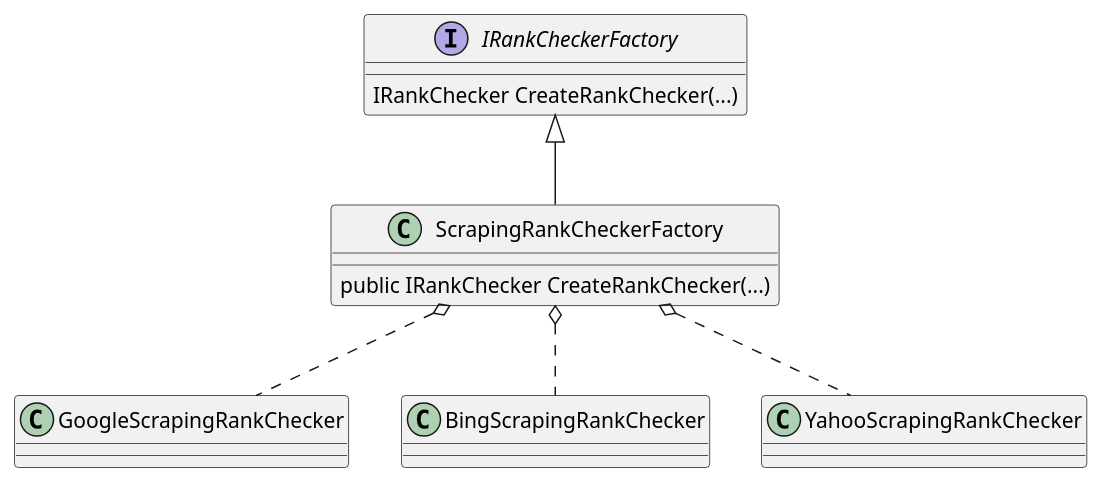
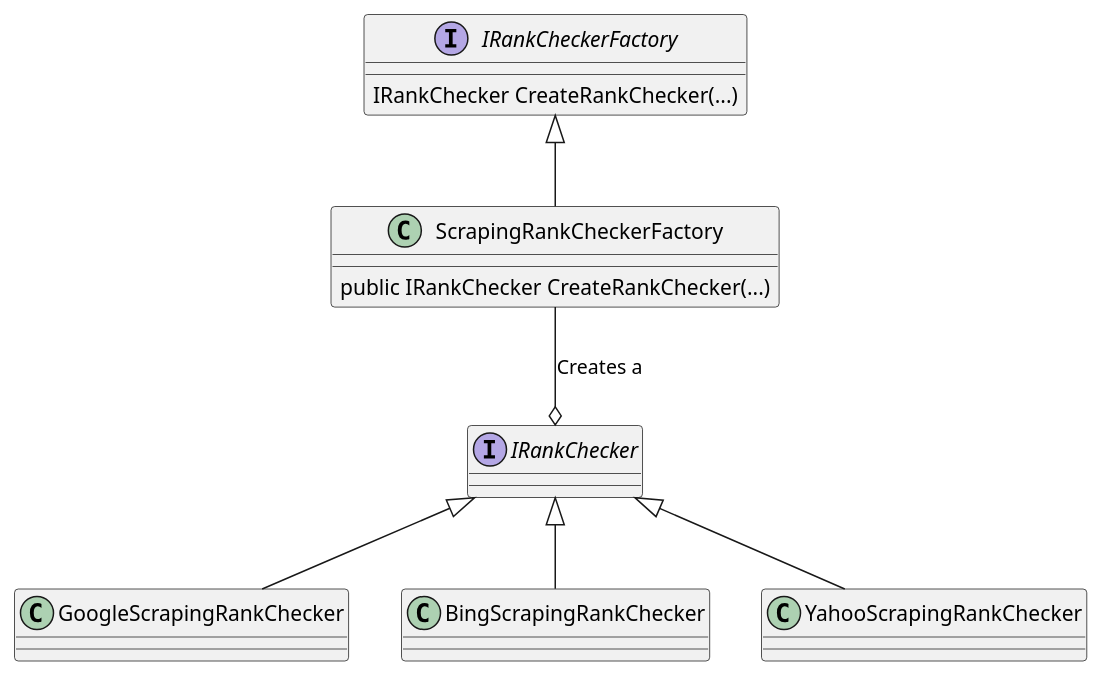
One commit to deltoss/MitchRankChecker changed the second of 2 diagrams in docs/README.md. Above: the diagram before and after it, drawn with PlantUML. The commit also changed other lines of this file, not shown here.

````diff
--- a/docs/README.md
+++ b/docs/README.md
@@ -204,25 +209,29 @@
 ```plantuml
 @startuml
 interface IRankCheckerFactory {
   IRankChecker CreateRankChecker(...)
 }
 
 class ScrapingRankCheckerFactory {
   public IRankChecker CreateRankChecker(...)
+}
+
+interface IRankChecker {
 }
 
 class GoogleScrapingRankChecker {
 }
 
 class BingScrapingRankChecker {
 }
 
 class YahooScrapingRankChecker {
 }
 
 IRankCheckerFactory <|-- ScrapingRankCheckerFactory
-ScrapingRankCheckerFactory o.. GoogleScrapingRankChecker
-ScrapingRankCheckerFactory o.. BingScrapingRankChecker
-ScrapingRankCheckerFactory o.. YahooScrapingRankChecker
+ScrapingRankCheckerFactory --o IRankChecker : Creates a
+IRankChecker <|-- GoogleScrapingRankChecker
+IRankChecker <|-- BingScrapingRankChecker
+IRankChecker <|-- YahooScrapingRankChecker
 @enduml
 ```
````
